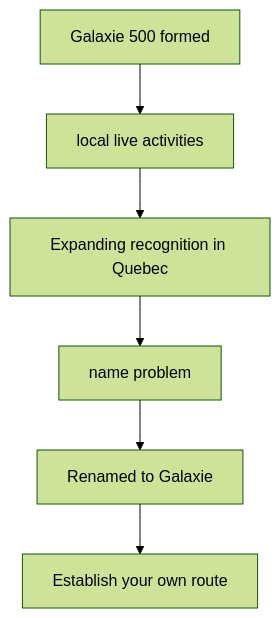
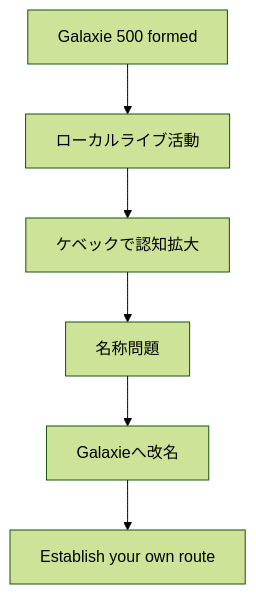
One commit to monumental-movement/monumental-movement.github.io changed the second of 8 diagrams in en/_posts/2026-05-07-column-galaxie.md. Above: the diagram before and after it, drawn with Mermaid (forest theme). The commit also changed other lines of this file and 2196 other files, not shown here.

```diff
--- a/en/_posts/2026-05-07-column-galaxie.md
+++ b/en/_posts/2026-05-07-column-galaxie.md
@@ -145,8 +145,8 @@
 <div class="mermaid">
 flowchart TD
-A[Galaxie 500 formed] --> B[local live activities]
-B --> C[Expanding recognition in Quebec]
-C --> D[name problem]
-D --> E[Renamed to Galaxie]
+A[Galaxie 500 formed] --> B[ローカルライブ活動]
+B --> C[ケベックで認知拡大]
+C --> D[名称問題]
+D --> E[Galaxieへ改名]
 E --> F[Establish your own route]
 </div>
```
